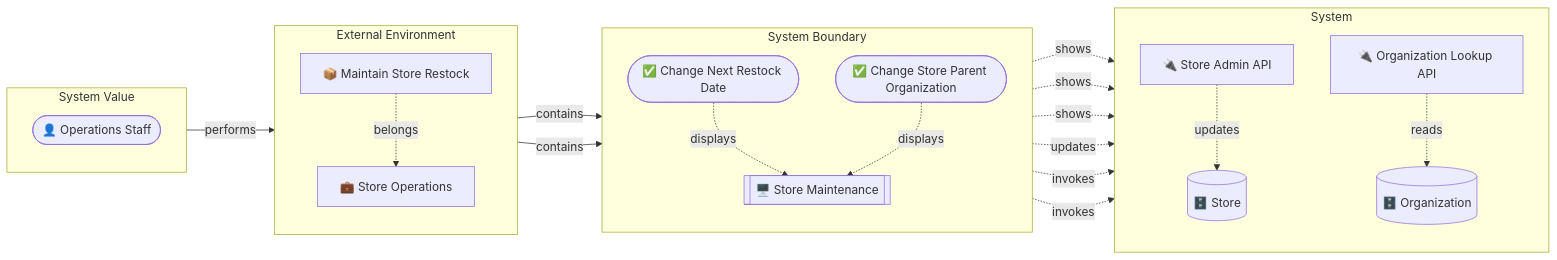
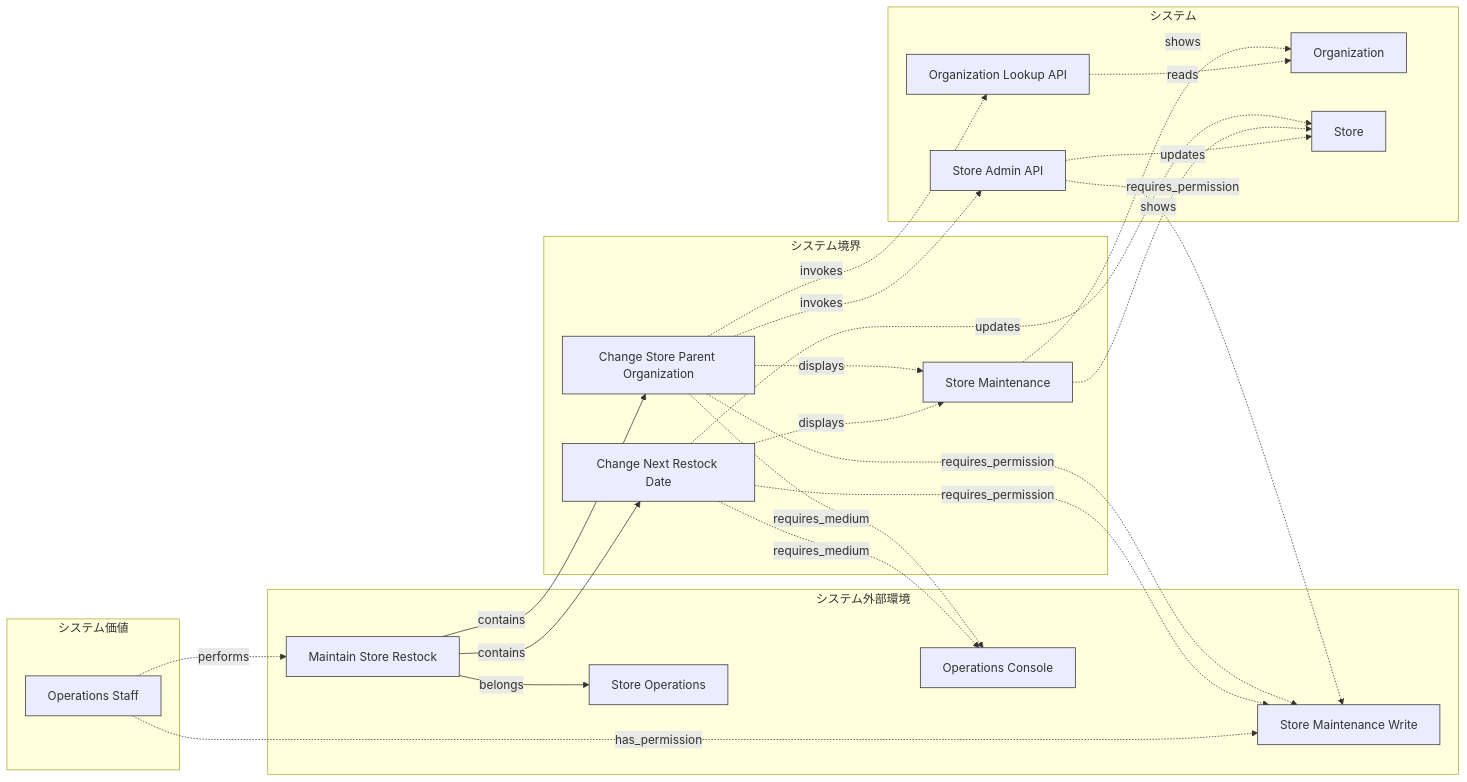
The first of 3 diagrams in samples/incremental-order/step-3-interaction-boundary/design.md (manji-0/rdra-ish-dsl), drawn with Mermaid before and after one commit. The commit also changed 12 other files, not shown here.

First line of the commit message:
docs(samples): refresh the incremental-order step diagrams to the encoding contract

````diff
--- a/samples/incremental-order/step-3-interaction-boundary/design.md
+++ b/samples/incremental-order/step-3-interaction-boundary/design.md
@@ -69,39 +69,57 @@
 ```mermaid
+%% rdra-ish diagram=rdra scope=buc:BucStoreRestock model=samples/incremental-order/step-3-interaction-boundary/src
+%% layers: value=システム価値 environment=システム外部環境 boundary=システム境界 system=システム
+%% kinds: actor business buc medium permission usecase screen api entity
+%% omitted: (none)
 flowchart LR
-  subgraph layer_value[System Value]
-    direction TB
-    OpsStaff(["👤 Operations Staff"])
+  subgraph layer_value["システム価値"]
+    actor__OpsStaff["Operations Staff"]:::actor
   end
-  subgraph layer_environment[External Environment]
-    direction TB
-    StoreOperations["💼 Store Operations"]
-    BucStoreRestock["📦 Maintain Store Restock"]
+  subgraph layer_environment["システム外部環境"]
+    business__StoreOperations["Store Operations"]:::business
+    %% desc business__StoreOperations: Store operations owns restock planning and store master maintenance.
+    buc__BucStoreRestock["Maintain Store Restock"]:::buc
+    %% desc buc__BucStoreRestock: Keep restock dates and store organization assignments operationally correct.
+    medium__OpsConsole["Operations Console"]:::medium
+    permission__StoreMaintenanceWrite["Store Maintenance Write"]:::permission
   end
-  subgraph layer_boundary[System Boundary]
-    direction TB
-    ChangeNextRestockDate(["✅ Change Next Restock Date"])
-    ChangeStoreParentOrganization(["✅ Change Store Parent Organization"])
-    StoreMaintenanceScreen[["🖥️ Store Maintenance"]]
+  subgraph layer_boundary["システム境界"]
+    usecase__ChangeNextRestockDate["Change Next Restock Date"]:::usecase
+    usecase__ChangeStoreParentOrganization["Change Store Parent Organization"]:::usecase
+    screen__StoreMaintenanceScreen["Store Maintenance"]:::screen
   end
-  subgraph layer_system[System]
-    direction TB
-    OrganizationLookupApi["🔌 Organization Lookup API"]
-    StoreAdminApi["🔌 Store Admin API"]
-    Organization[("🗄️ Organization")]
-    Store[("🗄️ Store")]
+  subgraph layer_system["システム"]
+    api__OrganizationLookupApi["Organization Lookup API"]:::api
+    api__StoreAdminApi["Store Admin API"]:::api
+    entity__Organization["Organization"]:::entity
+    entity__Store["Store"]:::entity
   end
-  OpsStaff -->|performs| BucStoreRestock
-  StoreAdminApi -.->|updates| Store
-  OrganizationLookupApi -.->|reads| Organization
-  BucStoreRestock -.->|belongs| StoreOperations
-  BucStoreRestock -->|contains| ChangeNextRestockDate
-  BucStoreRestock -->|contains| ChangeStoreParentOrganization
-  StoreMaintenanceScreen -.->|shows| Store
-  StoreMaintenanceScreen -.->|shows| Store
-  StoreMaintenanceScreen -.->|shows| Organization
-  ChangeNextRestockDate -.->|displays| StoreMaintenanceScreen
-  ChangeNextRestockDate -.->|updates| Store
-  ChangeStoreParentOrganization -.->|displays| StoreMaintenanceScreen
-  ChangeStoreParentOrganization -.->|invokes| StoreAdminApi
-  ChangeStoreParentOrganization -.->|invokes| OrganizationLookupApi
+  actor__OpsStaff -.->|has_permission| permission__StoreMaintenanceWrite
+  actor__OpsStaff -.->|performs| buc__BucStoreRestock
+  api__OrganizationLookupApi -.->|reads| entity__Organization
+  api__StoreAdminApi -.->|requires_permission| permission__StoreMaintenanceWrite
+  api__StoreAdminApi -.->|updates| entity__Store
+  buc__BucStoreRestock -->|belongs| business__StoreOperations
+  buc__BucStoreRestock -->|contains| usecase__ChangeNextRestockDate
+  buc__BucStoreRestock -->|contains| usecase__ChangeStoreParentOrganization
+  screen__StoreMaintenanceScreen -.->|shows| entity__Organization
+  screen__StoreMaintenanceScreen -.->|shows| entity__Store
+  usecase__ChangeNextRestockDate -.->|displays| screen__StoreMaintenanceScreen
+  usecase__ChangeNextRestockDate -.->|requires_medium| medium__OpsConsole
+  usecase__ChangeNextRestockDate -.->|requires_permission| permission__StoreMaintenanceWrite
+  usecase__ChangeNextRestockDate -.->|updates| entity__Store
+  usecase__ChangeStoreParentOrganization -.->|displays| screen__StoreMaintenanceScreen
+  usecase__ChangeStoreParentOrganization -.->|invokes| api__OrganizationLookupApi
+  usecase__ChangeStoreParentOrganization -.->|invokes| api__StoreAdminApi
+  usecase__ChangeStoreParentOrganization -.->|requires_medium| medium__OpsConsole
+  usecase__ChangeStoreParentOrganization -.->|requires_permission| permission__StoreMaintenanceWrite
+  classDef actor stroke:#333;
+  classDef business stroke:#333;
+  classDef buc stroke:#333;
+  classDef medium stroke:#333;
+  classDef permission stroke:#333;
+  classDef usecase stroke:#333;
+  classDef screen stroke:#333;
+  classDef api stroke:#333;
+  classDef entity stroke:#333;
 ```
````
